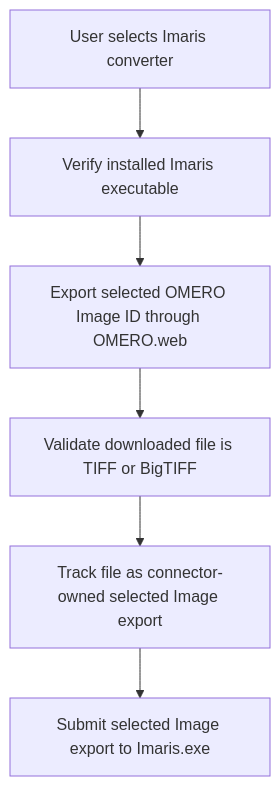
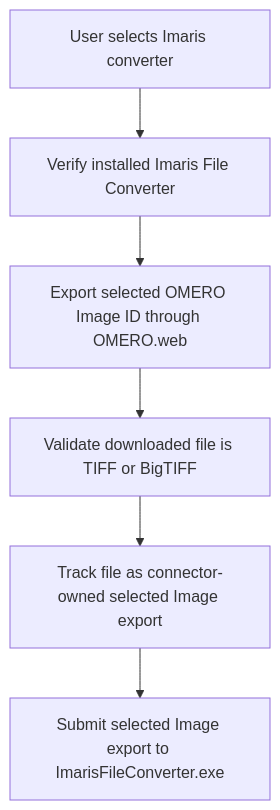
Before and after one commit to ZMB-UZH/omero-docker-extended: the fifth of 7 diagrams in docs/plugins/imaris-connector-workflow.md, drawn with Mermaid. The commit also changed other lines of this file and 4 other files, not shown here.

Commit message:
Use Imaris File Converter for selected exports

````diff
--- a/docs/plugins/imaris-connector-workflow.md
+++ b/docs/plugins/imaris-connector-workflow.md
@@ -170,8 +176,8 @@
 ```mermaid
 flowchart TD
-    A[User selects Imaris converter] --> B[Verify installed Imaris executable]
+    A[User selects Imaris converter] --> B[Verify installed Imaris File Converter]
     B --> C[Export selected OMERO Image ID through OMERO.web]
     C --> D[Validate downloaded file is TIFF or BigTIFF]
     D --> E[Track file as connector-owned selected Image export]
-    E --> F[Submit selected Image export to Imaris.exe]
+    E --> F[Submit selected Image export to ImarisFileConverter.exe]
 ```
````
